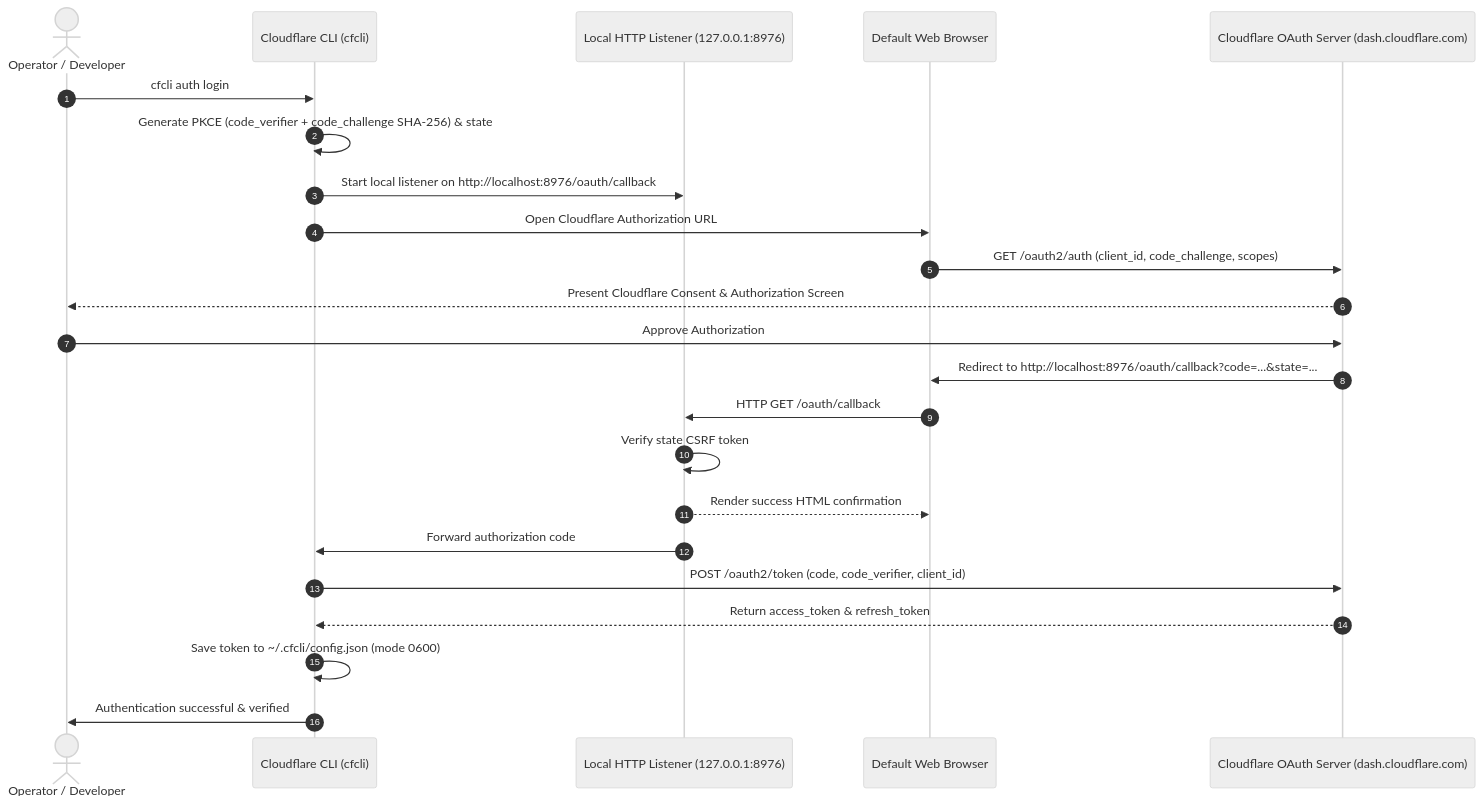
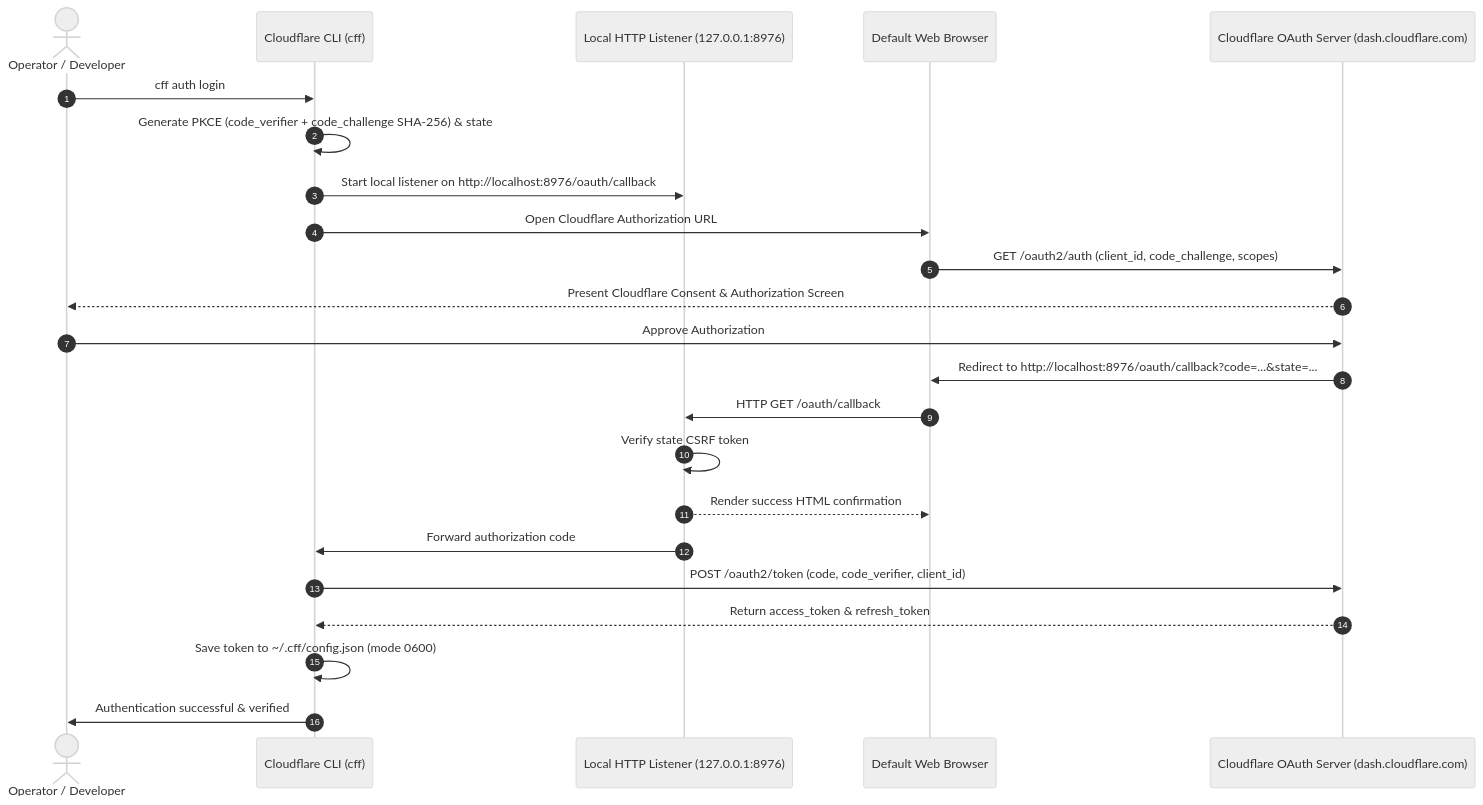
The diagram in docs/architecture/auth-and-security.md (vikaskumar171020/cloudflare-cli), drawn with Mermaid (neutral theme) before and after one commit. The commit also changed other lines of this file and 21 other files, not shown here.

Commit message:
refactor: rename CLI to cff, add auth permissions command, and direct --json flag

````diff
--- a/docs/architecture/auth-and-security.md
+++ b/docs/architecture/auth-and-security.md
@@ -24,26 +24,26 @@
 ```mermaid
 sequenceDiagram
     autonumber
     actor User as Operator / Developer
-    participant CLI as Cloudflare CLI (cfcli)
+    participant CLI as Cloudflare CLI (cff)
     participant Server as Local HTTP Listener (127.0.0.1:8976)
     participant Browser as Default Web Browser
     participant Cloudflare as Cloudflare OAuth Server (dash.cloudflare.com)
 
-    User->>CLI: cfcli auth login
+    User->>CLI: cff auth login
     CLI->>CLI: Generate PKCE (code_verifier + code_challenge SHA-256) & state
     CLI->>Server: Start local listener on http://localhost:8976/oauth/callback
     CLI->>Browser: Open Cloudflare Authorization URL
     Browser->>Cloudflare: GET /oauth2/auth (client_id, code_challenge, scopes)
     Cloudflare-->>User: Present Cloudflare Consent & Authorization Screen
     User->>Cloudflare: Approve Authorization
     Cloudflare->>Browser: Redirect to http://localhost:8976/oauth/callback?code=...&state=...
     Browser->>Server: HTTP GET /oauth/callback
     Server->>Server: Verify state CSRF token
     Server-->>Browser: Render success HTML confirmation
     Server->>CLI: Forward authorization code
     CLI->>Cloudflare: POST /oauth2/token (code, code_verifier, client_id)
     Cloudflare-->>CLI: Return access_token & refresh_token
-    CLI->>CLI: Save token to ~/.cfcli/config.json (mode 0600)
+    CLI->>CLI: Save token to ~/.cff/config.json (mode 0600)
     CLI->>User: Authentication successful & verified
 ```
````
